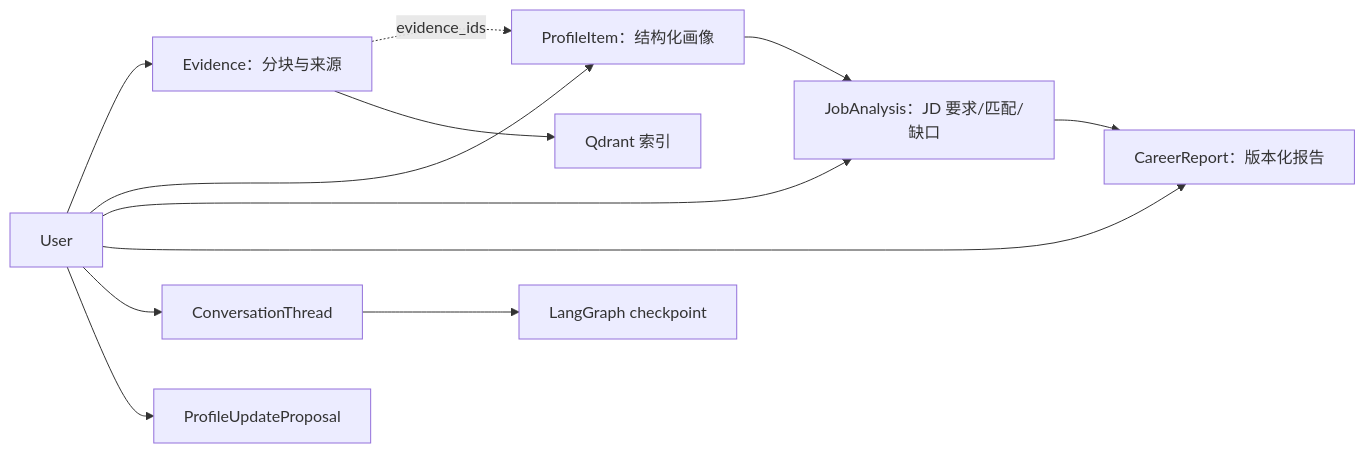
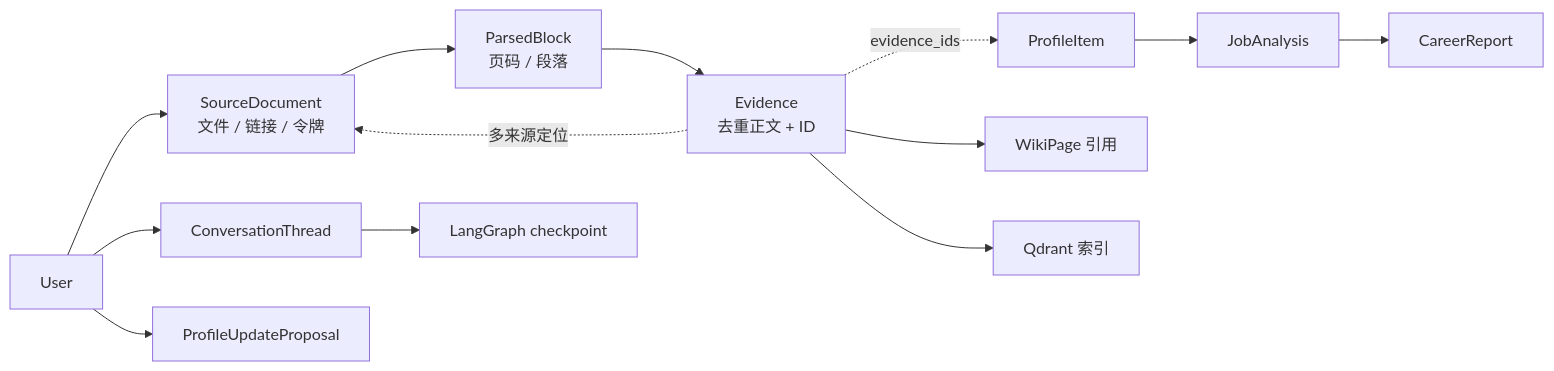
Before and after one commit to wenmo-yu/careerlens: the diagram in docs/data-and-evidence.md, drawn with Mermaid. The commit also changed other lines of this file and 15 other files, not shown here.

````diff
--- a/docs/data-and-evidence.md
+++ b/docs/data-and-evidence.md
@@ -7,14 +7,15 @@
 ```mermaid
 flowchart LR
-    U[User] --> E[Evidence：分块与来源]
-    U --> P[ProfileItem：结构化画像]
-    U --> J[JobAnalysis：JD 要求/匹配/缺口]
-    U --> R[CareerReport：版本化报告]
-    U --> T[ConversationThread]
-    U --> PP[ProfileUpdateProposal]
-    E -. evidence_ids .-> P
-    P --> J
-    J --> R
-    T --> C[LangGraph checkpoint]
-    E --> Q[Qdrant 索引]
+  U[User] --> S[SourceDocument<br/>文件 / 链接 / 令牌]
+  S --> B[ParsedBlock<br/>页码 / 段落]
+  B --> E[Evidence<br/>去重正文 + ID]
+  E -. 多来源定位 .-> S
+  E -. evidence_ids .-> P[ProfileItem]
+  P --> J[JobAnalysis]
+  J --> R[CareerReport]
+  E --> W[WikiPage 引用]
+  E --> Q[Qdrant 索引]
+  U --> T[ConversationThread]
+  T --> C[LangGraph checkpoint]
+  U --> PP[ProfileUpdateProposal]
 ```
````
